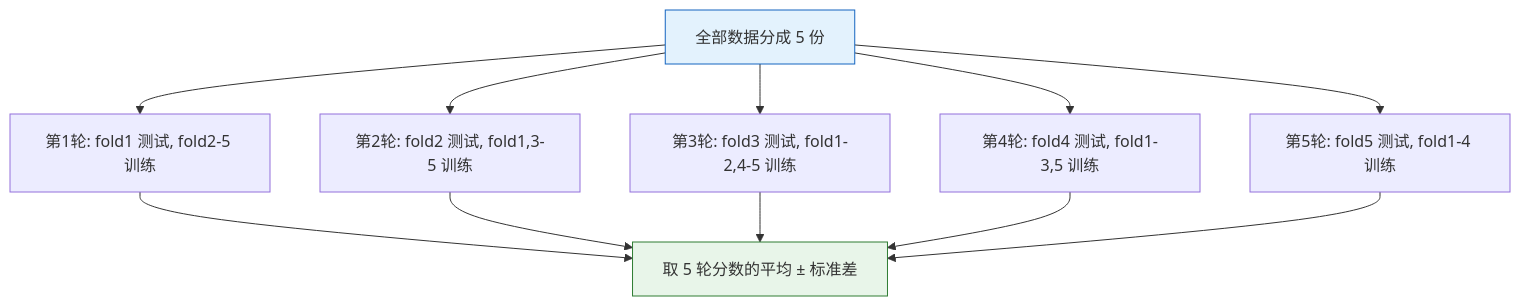
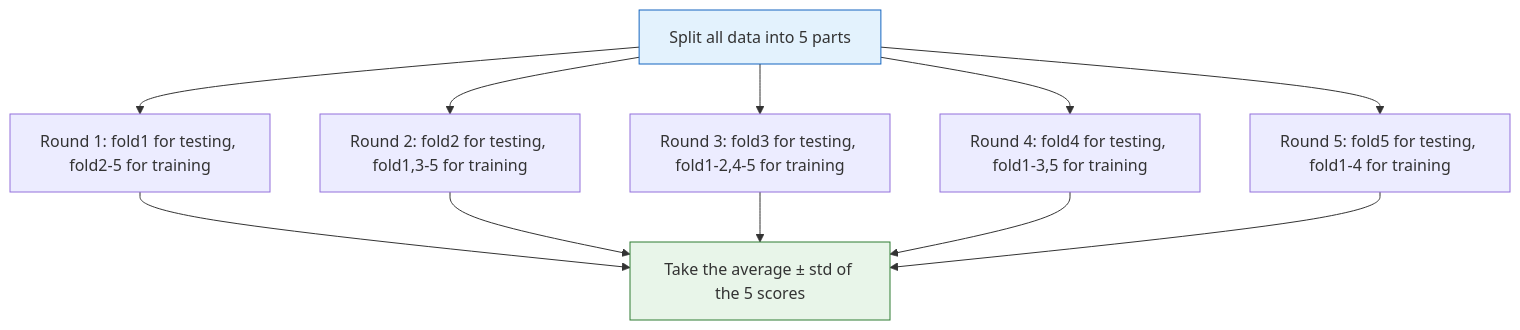
The diagram in docs/ch05-machine-learning/ch04-evaluation/02-cross-validation.md (oudbiao/AI-fullstack-course), drawn with Mermaid before and after one commit. The commit also changed other lines of this file and 1406 other files, not shown here.

````diff
--- a/docs/ch05-machine-learning/ch04-evaluation/02-cross-validation.md
+++ b/docs/ch05-machine-learning/ch04-evaluation/02-cross-validation.md
@@ -126,16 +126,16 @@
 ```mermaid
 flowchart TD
-    D["全部数据分成 5 份"] --> R1["第1轮: fold1 测试, fold2-5 训练"]
-    D --> R2["第2轮: fold2 测试, fold1,3-5 训练"]
-    D --> R3["第3轮: fold3 测试, fold1-2,4-5 训练"]
-    D --> R4["第4轮: fold4 测试, fold1-3,5 训练"]
-    D --> R5["第5轮: fold5 测试, fold1-4 训练"]
-    R1 --> AVG["取 5 轮分数的平均 ± 标准差"]
+    D["Split all data into 5 parts"] --> R1["Round 1: fold1 for testing, fold2-5 for training"]
+    D --> R2["Round 2: fold2 for testing, fold1,3-5 for training"]
+    D --> R3["Round 3: fold3 for testing, fold1-2,4-5 for training"]
+    D --> R4["Round 4: fold4 for testing, fold1-3,5 for training"]
+    D --> R5["Round 5: fold5 for testing, fold1-4 for training"]
+    R1 --> AVG["Take the average ± std of the 5 scores"]
     R2 --> AVG
     R3 --> AVG
     R4 --> AVG
     R5 --> AVG
 
     style D fill:#e3f2fd,stroke:#1565c0,color:#333
     style AVG fill:#e8f5e9,stroke:#2e7d32,color:#333
 ```
````
